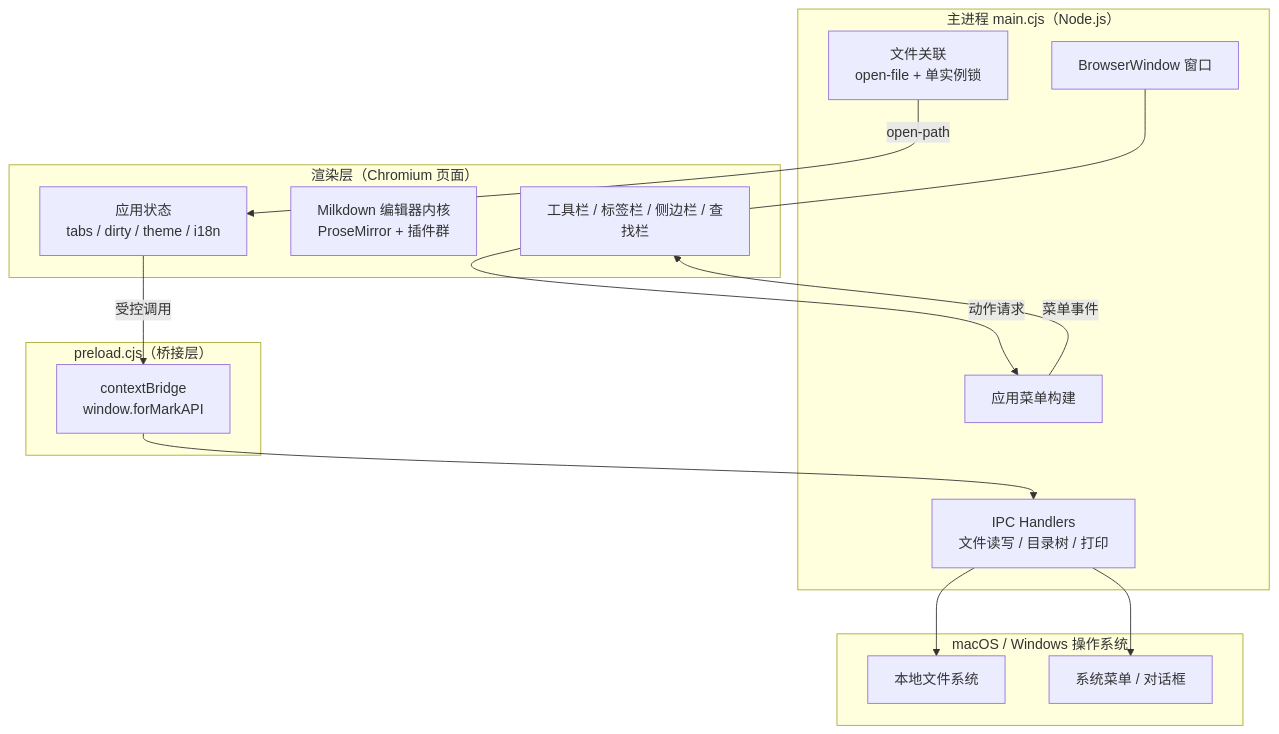
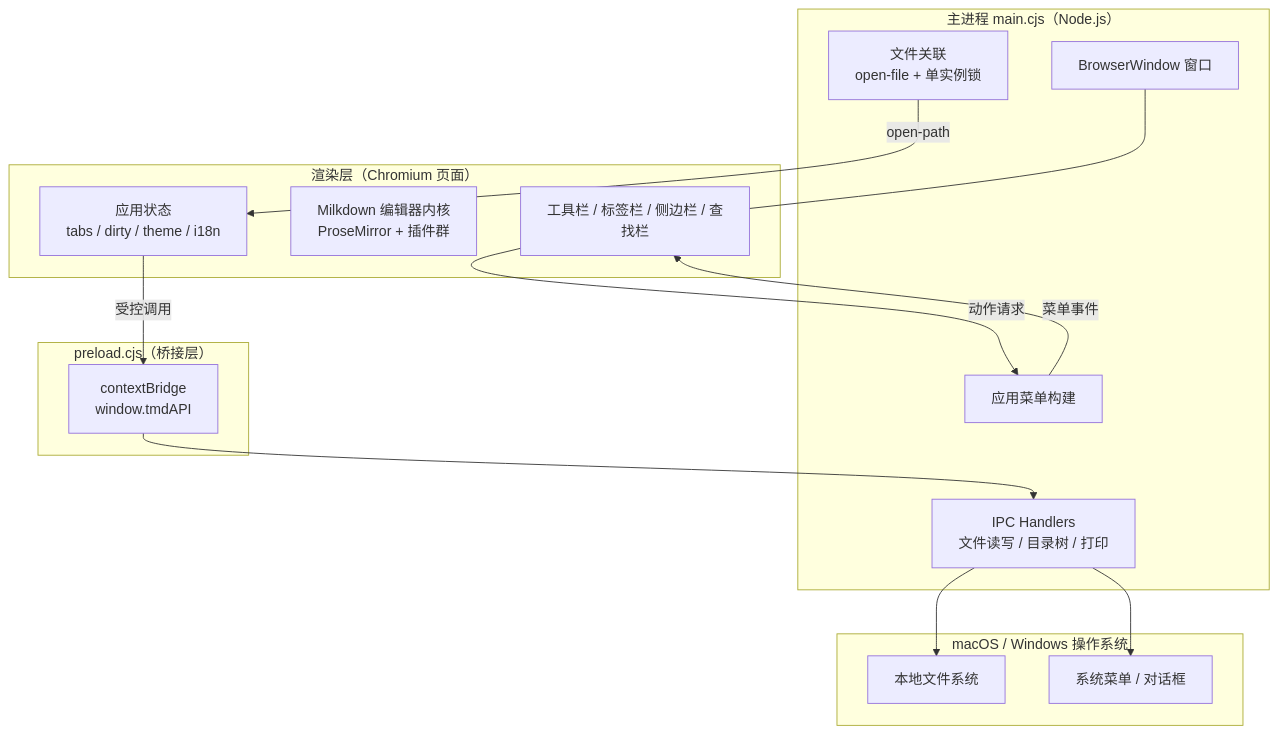
Before and after one commit to ChiangyangNPU/for-mark: the first of 4 diagrams in docs/架构设计.md, drawn with Mermaid. The commit also changed other lines of this file and 16 other files, not shown here.

First line of the commit message:
refactor: 应用品牌名由 for-mark 统一更名为 TMD

````diff
--- a/docs/架构设计.md
+++ b/docs/架构设计.md
@@ -10,33 +10,33 @@
 ```mermaid
 flowchart TB
     subgraph MAC["macOS / Windows 操作系统"]
         FS[本地文件系统]
         MENU[系统菜单 / 对话框]
     end
 
     subgraph MAIN["主进程 main.cjs（Node.js）"]
         WIN[BrowserWindow 窗口]
         MENUBUILD[应用菜单构建]
         IPC[IPC Handlers<br/>文件读写 / 目录树 / 打印]
         ASSOC[文件关联<br/>open-file + 单实例锁]
     end
 
     subgraph PRELOAD["preload.cjs（桥接层）"]
-        BRIDGE[contextBridge<br/>window.forMarkAPI]
+        BRIDGE[contextBridge<br/>window.tmdAPI]
     end
 
     subgraph RENDERER["渲染层（Chromium 页面）"]
         UI[工具栏 / 标签栏 / 侧边栏 / 查找栏]
         EDITOR[Milkdown 编辑器内核<br/>ProseMirror + 插件群]
         STATE[应用状态<br/>tabs / dirty / theme / i18n]
     end
 
     WIN --- UI
     MENUBUILD -- "菜单事件" --> UI
     UI -- "动作请求" --> MENUBUILD
     STATE -- "受控调用" --> BRIDGE
     BRIDGE --> IPC
     IPC --> FS
     IPC --> MENU
     ASSOC -- "open-path" --> STATE
 ```
````
